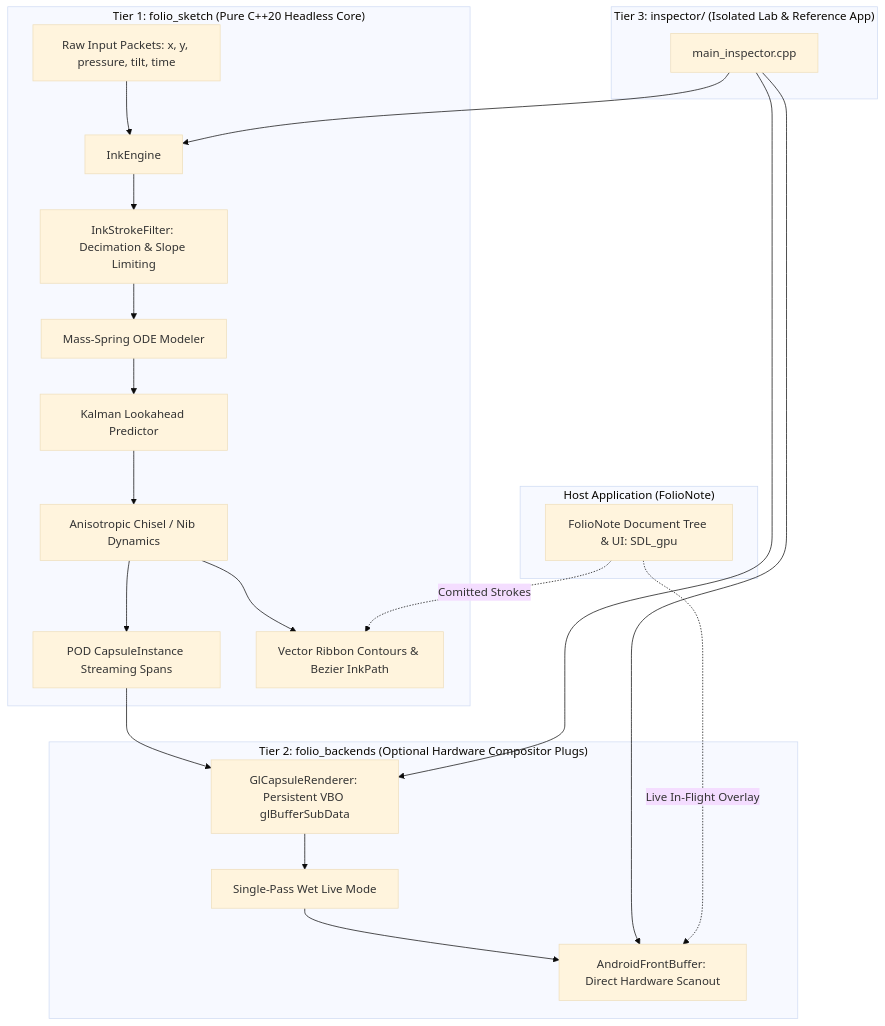
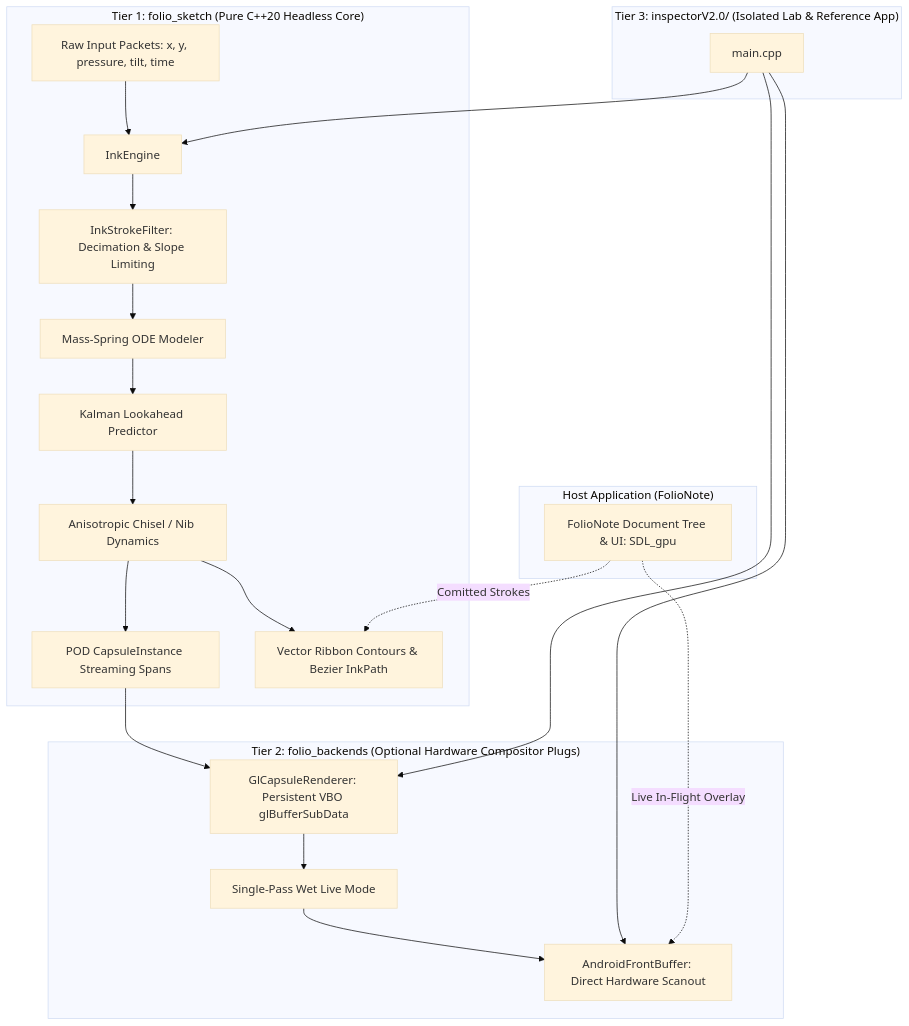
One commit to 3dWonderGuy/Folio-Sketch changed the diagram in docs/architecture.md. Above: the diagram before and after it, drawn with Mermaid (base theme). The commit also changed other lines of this file and 129 other files, not shown here.

````diff
--- a/docs/architecture.md
+++ b/docs/architecture.md
@@ -5,29 +5,29 @@
 ```mermaid
 graph TD
     subgraph "Tier 1: folio_sketch (Pure C++20 Headless Core)"
         A[Raw Input Packets: x, y, pressure, tilt, time] --> B[InkEngine]
         B --> C[InkStrokeFilter: Decimation & Slope Limiting]
         C --> D[Mass-Spring ODE Modeler]
         D --> E[Kalman Lookahead Predictor]
         E --> F[Anisotropic Chisel / Nib Dynamics]
         F --> G[POD CapsuleInstance Streaming Spans]
         F --> H[Vector Ribbon Contours & Bezier InkPath]
     end
 
     subgraph "Tier 2: folio_backends (Optional Hardware Compositor Plugs)"
         G --> I[GlCapsuleRenderer: Persistent VBO glBufferSubData]
         I --> J[Single-Pass Wet Live Mode]
         J --> K[AndroidFrontBuffer: Direct Hardware Scanout]
     end
 
-    subgraph "Tier 3: inspector/ (Isolated Lab & Reference App)"
-        L[main_inspector.cpp] --> B
+    subgraph "Tier 3: inspectorV2.0/ (Isolated Lab & Reference App)"
+        L[main.cpp] --> B
         L --> I
         L --> K
     end
 
     subgraph "Host Application (FolioNote)"
         M[FolioNote Document Tree & UI: SDL_gpu] -. Comitted Strokes .-> H
         M -. Live In-Flight Overlay .-> K
     end
 ```
````
